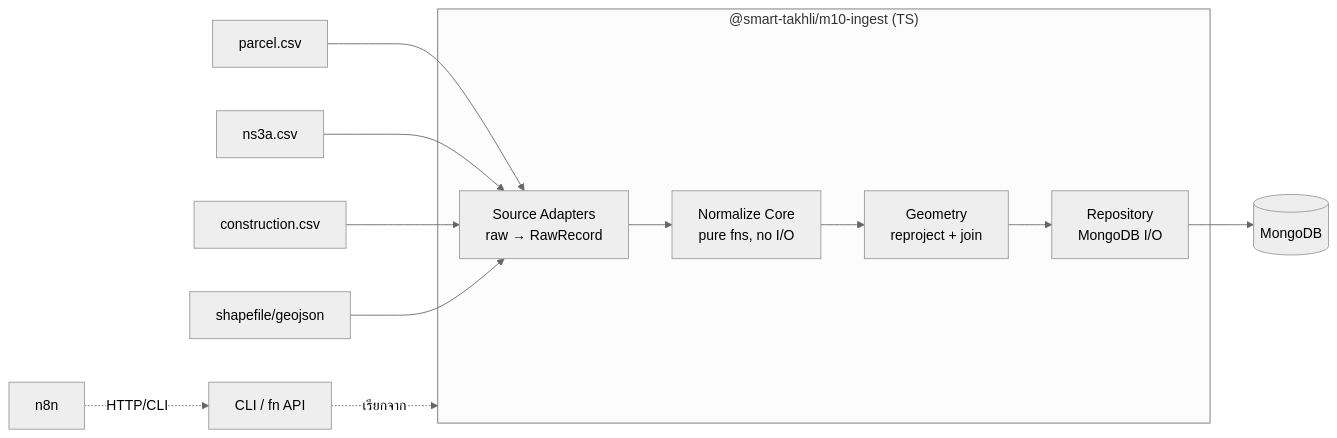
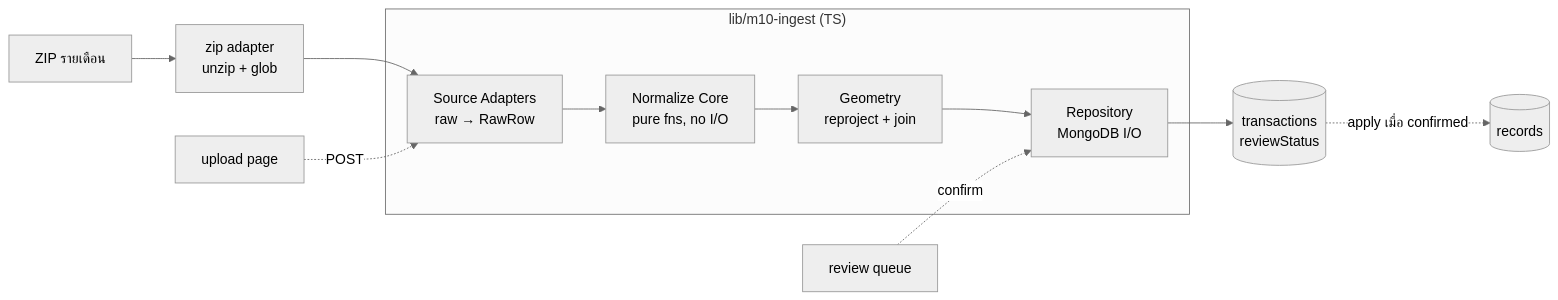
One commit to ikople24/smart-takhli changed the diagram in docs/superpowers/specs/2026-06-21-m10-ingest-normalize-design.md. Above: the diagram before and after it, drawn with Mermaid (neutral theme). The commit also changed other lines of this file, not shown here.

Commit message:
docs(m10-ingest): spec rev.2 — verified ZIP ground truth, real field map, review queue + as-of surfaces

````diff
--- a/docs/superpowers/specs/2026-06-21-m10-ingest-normalize-design.md
+++ b/docs/superpowers/specs/2026-06-21-m10-ingest-normalize-design.md
@@ -37,15 +76,14 @@
 ```mermaid
 flowchart LR
-    P[parcel.csv]--> AD
-    N[ns3a.csv]--> AD
-    C[construction.csv]--> AD
-    G[shapefile/geojson]--> AD
-    subgraph PKG["@smart-takhli/m10-ingest (TS)"]
-      AD[Source Adapters<br/>raw → RawRecord] --> NC[Normalize Core<br/>pure fns, no I/O]
+    Z[ZIP รายเดือน] --> ZA[zip adapter<br/>unzip + glob]
+    ZA --> AD
+    subgraph PKG["lib/m10-ingest (TS)"]
+      AD[Source Adapters<br/>raw → RawRow] --> NC[Normalize Core<br/>pure fns, no I/O]
       NC --> GE[Geometry<br/>reproject + join]
       GE --> RE[Repository<br/>MongoDB I/O]
     end
-    RE --> DB[(MongoDB)]
-    CLI[CLI / fn API]-.เรียกจาก.-> PKG
-    n8n-.HTTP/CLI.-> CLI
+    RE --> TX[(transactions<br/>reviewStatus)]
+    UP[upload page] -.POST.-> AD
+    RV[review queue] -.confirm.-> RE
+    TX -.apply เมื่อ confirmed.-> DB[(records)]
 ```
````
